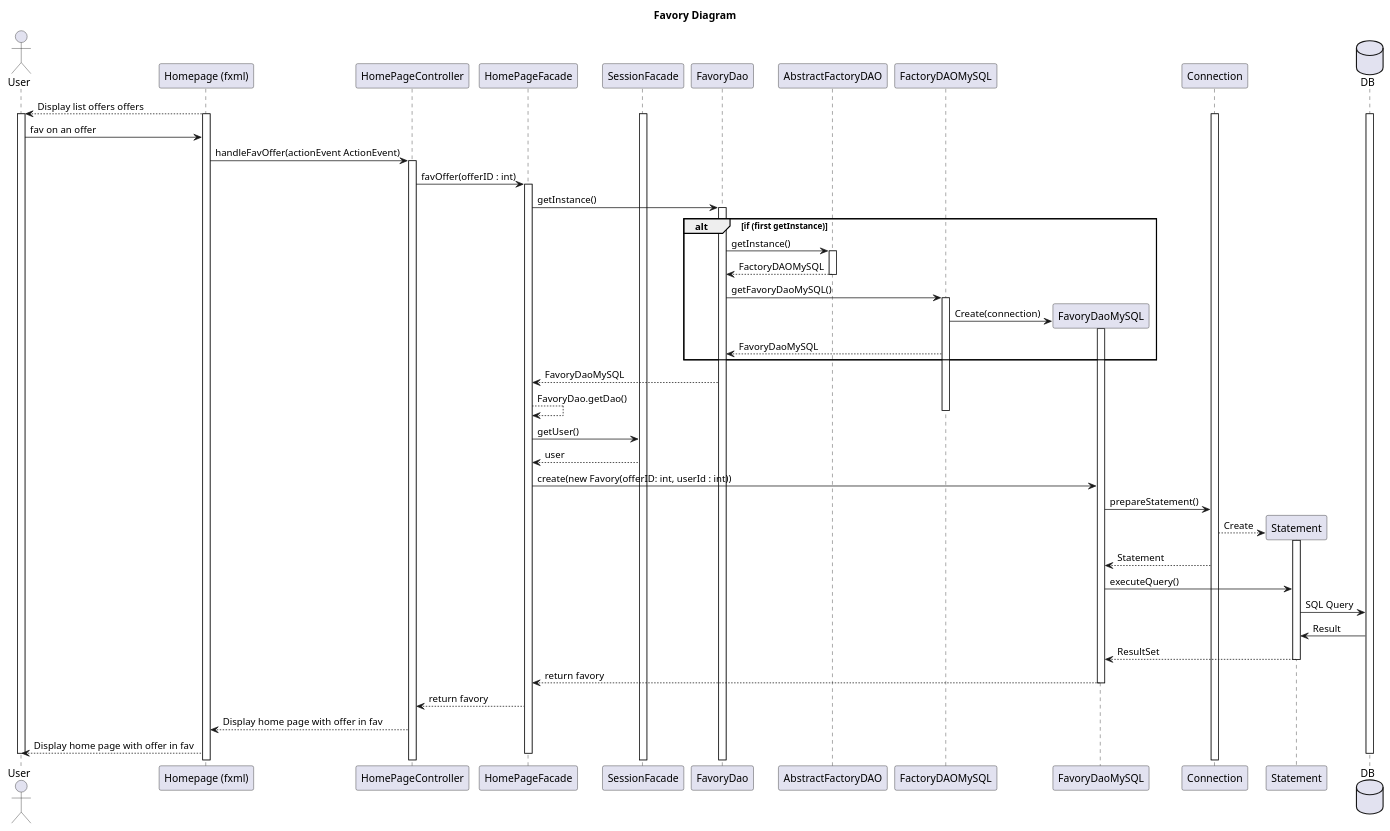
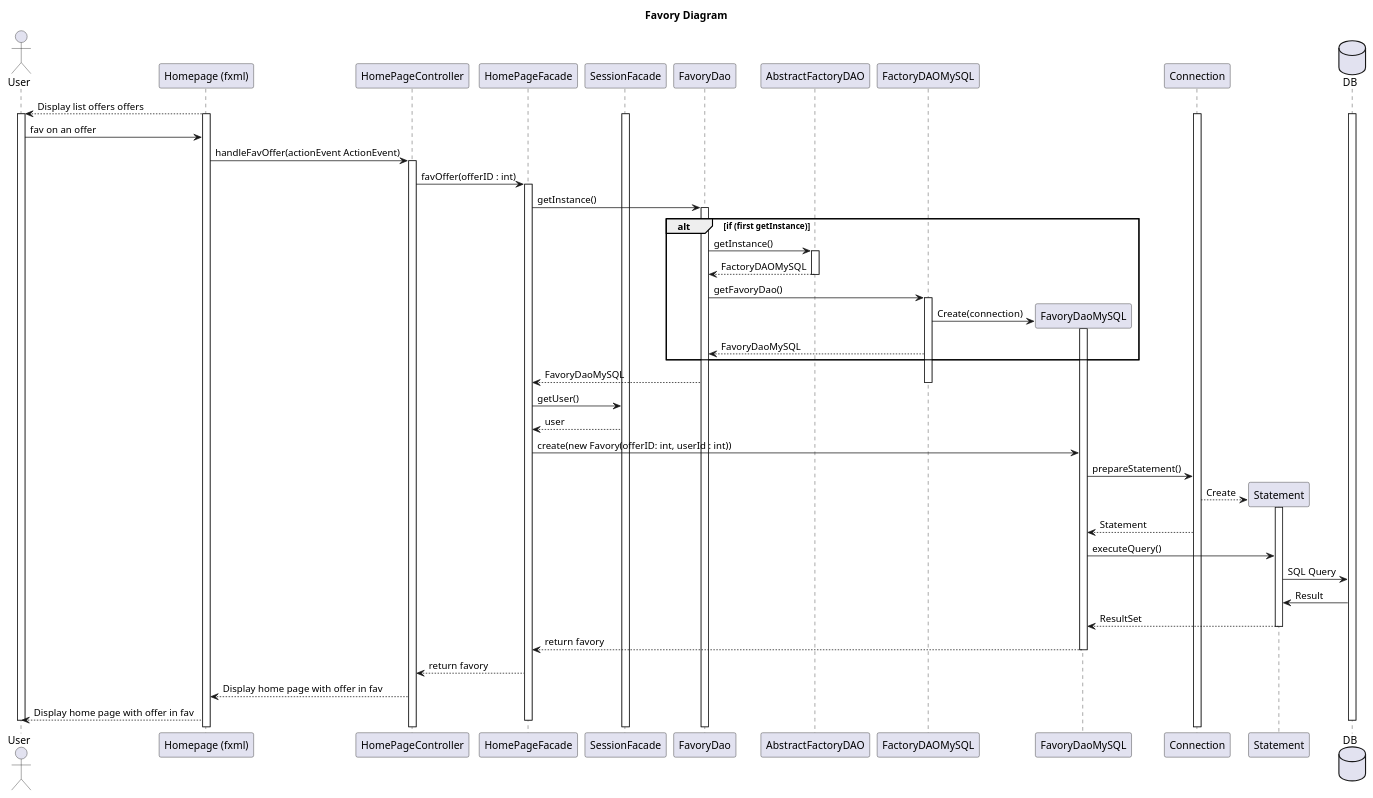
Before and after one commit to LaunoisRemy/ToolShare: the diagram in documents/diagram/homePage/favorySequence.puml, drawn with PlantUML. The commit also changed 3 other files, not shown here.

Commit message:
UML : Class and sequence

```diff
--- a/documents/diagram/homePage/favorySequence.puml
+++ b/documents/diagram/homePage/favorySequence.puml
@@ -1,100 +1,100 @@
 @startuml
 title Favory Diagram
 
 actor User
 participant "Homepage (fxml)"
 participant HomePageController
 participant HomePageFacade
 participant SessionFacade
 participant FavoryDao
 participant AbstractFactoryDAO
 participant FactoryDAOMySQL
 participant FavoryDaoMySQL
 participant Connection
 participant Statement
 database DB
 
 
 "Homepage (fxml)"-->User: Display list offers offers
 
 activate "Homepage (fxml)"
 activate User
 activate DB
 activate SessionFacade
 activate Connection
 
 User->"Homepage (fxml)": fav on an offer
 
 "Homepage (fxml)"-> HomePageController: handleFavOffer(actionEvent ActionEvent)
 
 activate HomePageController
 
 HomePageController->HomePageFacade: favOffer(offerID : int)
 
 
 
 activate HomePageFacade
 
 HomePageFacade->FavoryDao : getInstance()
 alt if (first getInstance)
     activate FavoryDao
     FavoryDao -> AbstractFactoryDAO : getInstance()
     activate AbstractFactoryDAO
     AbstractFactoryDAO --> FavoryDao : FactoryDAOMySQL
     deactivate AbstractFactoryDAO
 
-    FavoryDao -> FactoryDAOMySQL : getFavoryDaoMySQL()
+    FavoryDao -> FactoryDAOMySQL : getFavoryDao()
     activate FactoryDAOMySQL
     FactoryDAOMySQL -> FavoryDaoMySQL **:Create(connection)
     activate FavoryDaoMySQL
     FactoryDAOMySQL --> FavoryDao : FavoryDaoMySQL
 end
 FavoryDao --> HomePageFacade : FavoryDaoMySQL
 
-HomePageFacade --> HomePageFacade : FavoryDao.getDao()
+
 
 
 
 
 deactivate FactoryDAOMySQL
 HomePageFacade -> SessionFacade : getUser()
 SessionFacade --> HomePageFacade : user
 HomePageFacade->FavoryDaoMySQL: create(new Favory(offerID: int, userId : int))
 
 FavoryDaoMySQL->Connection: prepareStatement()
 
 
 Connection-->Statement **: Create
 
 activate Statement
 
 Connection-->FavoryDaoMySQL: Statement
 
 
 
 FavoryDaoMySQL->Statement:executeQuery()
 
 Statement->DB: SQL Query
 
 DB->Statement:Result
 
 Statement-->FavoryDaoMySQL: ResultSet
 
 deactivate Statement
 
 FavoryDaoMySQL-->HomePageFacade: return favory
 deactivate FavoryDaoMySQL
 
 
 HomePageFacade --> HomePageController : return favory
 
 
 
 
 HomePageController-->"Homepage (fxml)": Display home page with offer in fav
 "Homepage (fxml)" --> User : Display home page with offer in fav
 deactivate HomePageFacade
 deactivate DB
 deactivate User
 
 @enduml
```
